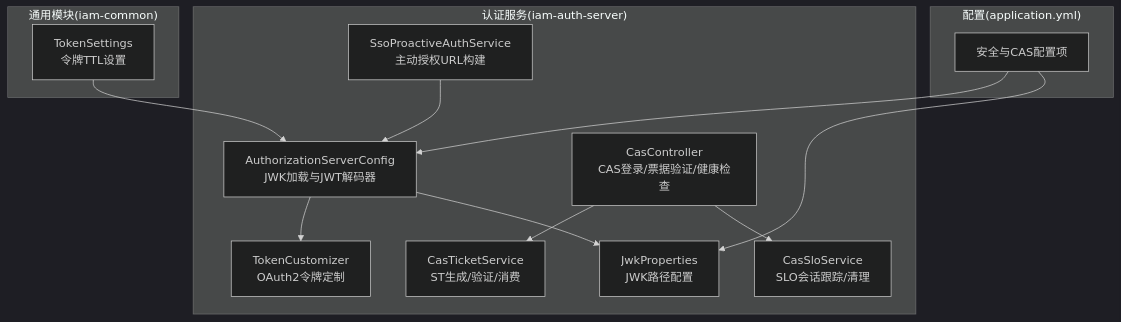
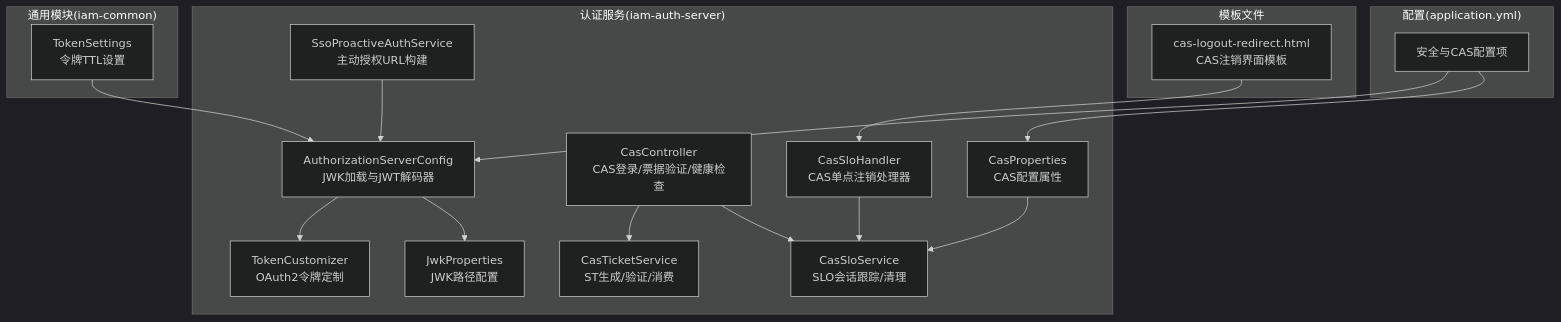
The first of 8 diagrams in .qoder/repowiki/zh/content/认证与授权/令牌管理.md (fq0121104930716/iam-platform), drawn with Mermaid (dark theme) before and after one commit. The commit also changed other lines of this file and 88 other files, not shown here.

````diff
--- a/.qoder/repowiki/zh/content/认证与授权/令牌管理.md
+++ b/.qoder/repowiki/zh/content/认证与授权/令牌管理.md
@@ -41,26 +53,34 @@
 ```mermaid
 graph TB
 subgraph "认证服务(iam-auth-server)"
 A["AuthorizationServerConfig<br/>JWK加载与JWT解码器"]
 B["TokenCustomizer<br/>OAuth2令牌定制"]
 C["CasController<br/>CAS登录/票据验证/健康检查"]
-D["CasTicketService<br/>ST生成/验证/消费"]
-E["CasSloService<br/>SLO会话跟踪/清理"]
-F["SsoProactiveAuthService<br/>主动授权URL构建"]
-G["JwkProperties<br/>JWK路径配置"]
+D["CasSloHandler<br/>CAS单点注销处理器"]
+E["CasTicketService<br/>ST生成/验证/消费"]
+F["CasSloService<br/>SLO会话跟踪/清理"]
+G["SsoProactiveAuthService<br/>主动授权URL构建"]
+H["JwkProperties<br/>JWK路径配置"]
+I["CasProperties<br/>CAS配置属性"]
 end
 subgraph "通用模块(iam-common)"
-H["TokenSettings<br/>令牌TTL设置"]
+J["TokenSettings<br/>令牌TTL设置"]
 end
 subgraph "配置(application.yml)"
-I["安全与CAS配置项"]
+K["安全与CAS配置项"]
+end
+subgraph "模板文件"
+L["cas-logout-redirect.html<br/>CAS注销界面模板"]
 end
 A --> B
-A --> G
-C --> D
+A --> H
 C --> E
-F --> A
-H --> A
-I --> A
-I --> G
+C --> F
+D --> F
+G --> A
+I --> F
+J --> A
+K --> A
+K --> I
+L --> D
 ```
````
